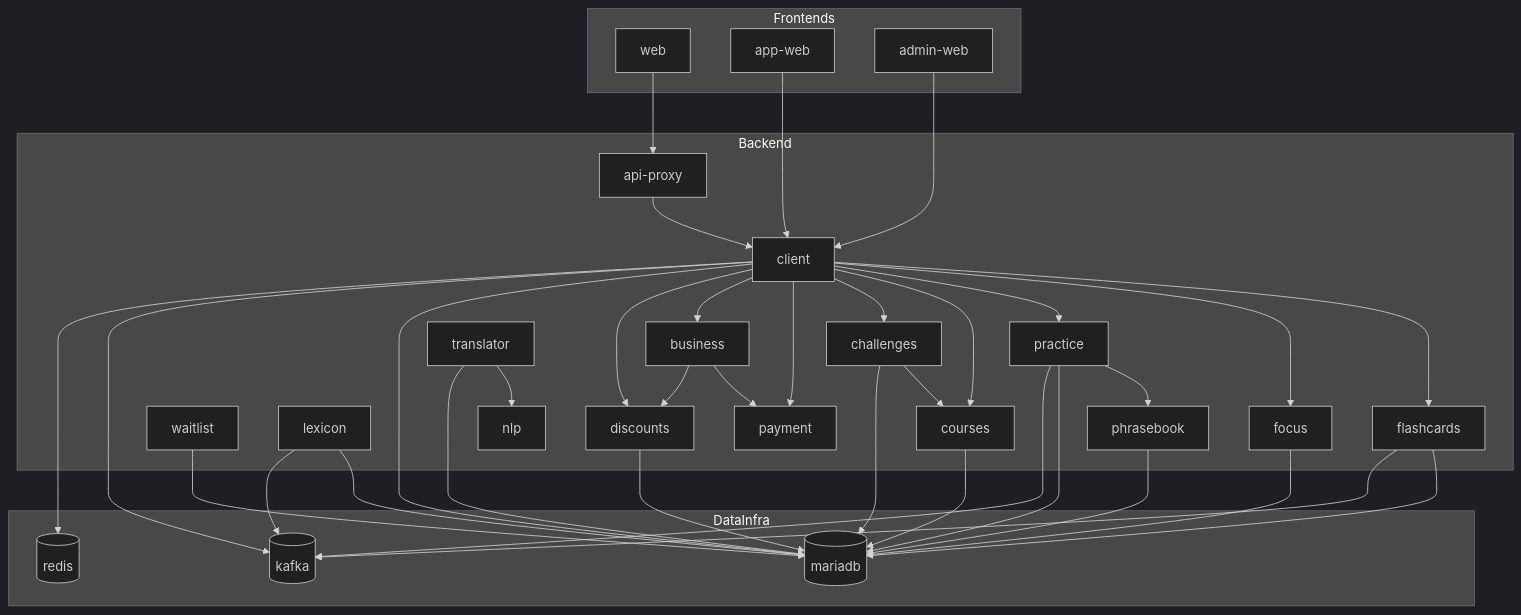
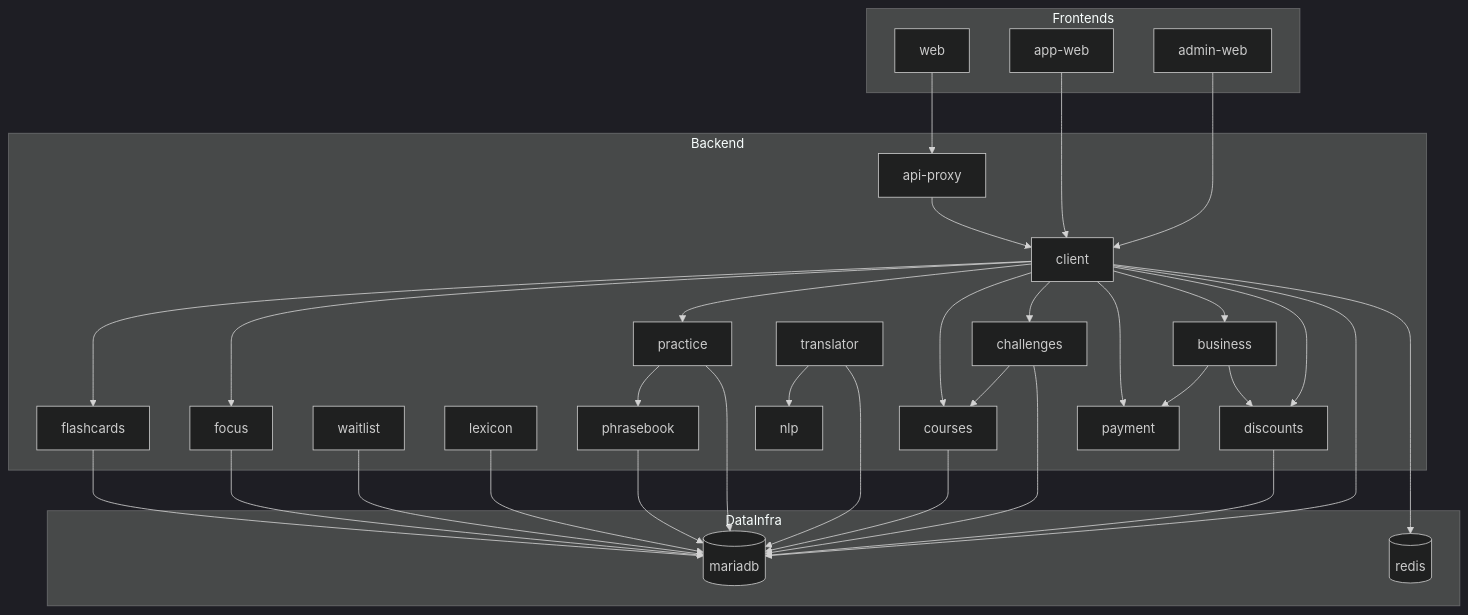
The second of 2 diagrams in docs/architecture.md (athbheochan-labs/misneach), drawn with Mermaid (dark theme) before and after one commit. The commit also changed other lines of this file and 11 other files, not shown here.

````diff
--- a/docs/architecture.md
+++ b/docs/architecture.md
@@ -22,69 +20,64 @@
 ```mermaid
 flowchart TB
   subgraph Frontends
     web[web]
     appweb[app-web]
     adminweb[admin-web]
   end
 
   subgraph Backend
     apiproxy[api-proxy]
     client[client]
     business[business]
     payment[payment]
     discounts[discounts]
     waitlist[waitlist]
     lexicon[lexicon]
     phrasebook[phrasebook]
     flashcards[flashcards]
     focus[focus]
     practice[practice]
     courses[courses]
     challenges[challenges]
     translator[translator]
     nlp[nlp]
   end
 
   subgraph DataInfra
     mariadb[(mariadb)]
     redis[(redis)]
-    kafka[(kafka)]
   end
 
   web --> apiproxy
   appweb --> client
   adminweb --> client
   apiproxy --> client
 
   client --> flashcards
   client --> focus
   client --> practice
   client --> courses
   client --> challenges
   client --> payment
   client --> business
   client --> discounts
 
   business --> payment
   business --> discounts
   practice --> phrasebook
   challenges --> courses
   translator --> nlp
 
   client --> mariadb
-  client --> kafka
   client --> redis
   lexicon --> mariadb
-  lexicon --> kafka
   phrasebook --> mariadb
   flashcards --> mariadb
-  flashcards --> kafka
   focus --> mariadb
   practice --> mariadb
-  practice --> kafka
   courses --> mariadb
   challenges --> mariadb
   discounts --> mariadb
   waitlist --> mariadb
   translator --> mariadb
 ```
````
